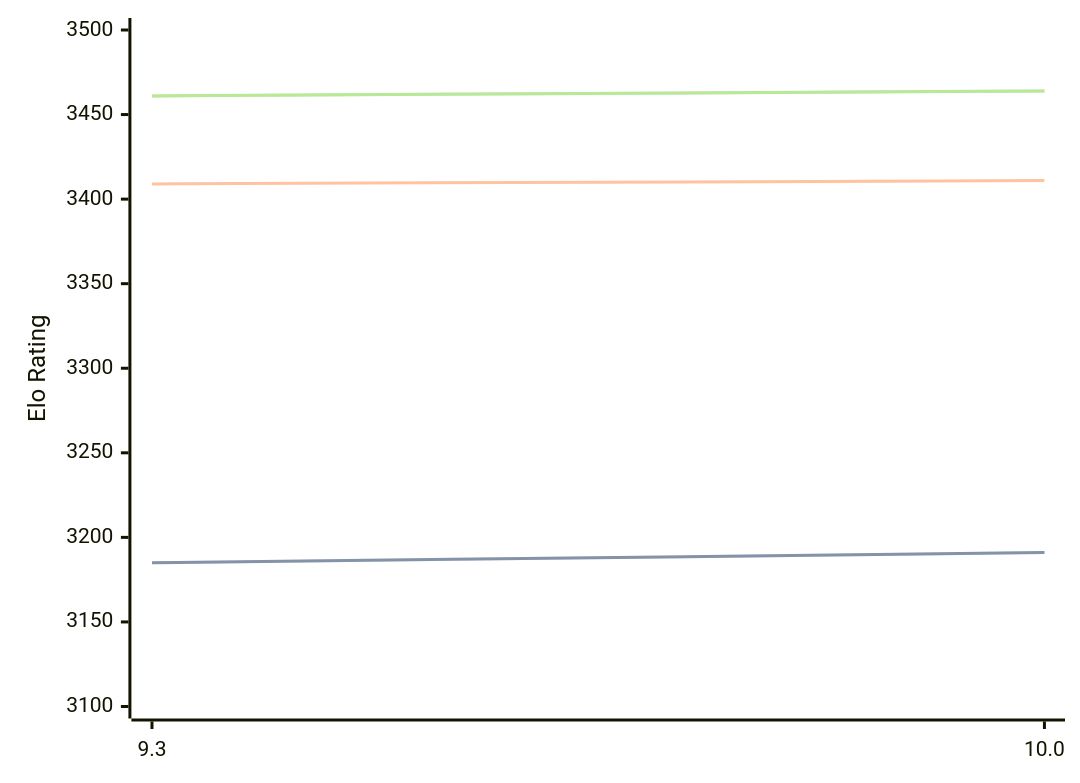
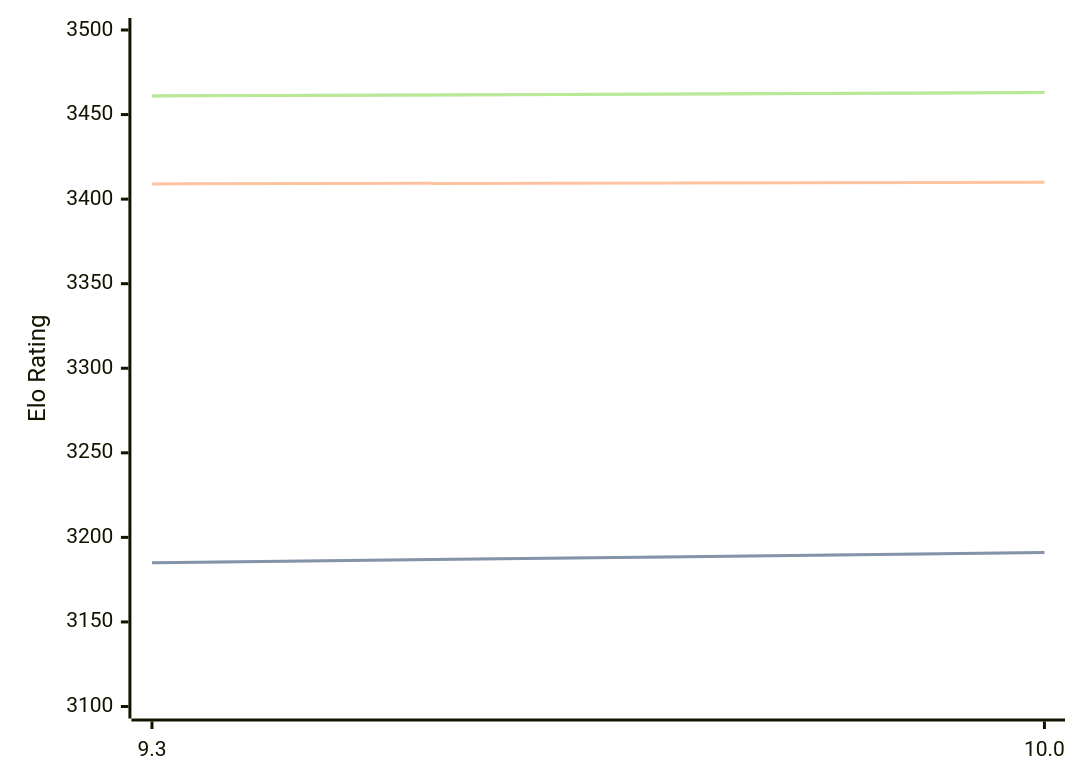
The diagram in engines/Fire.md (computer-chess-index/cci), drawn with Mermaid before and after one commit. The commit also changed other lines of this file, not shown here.

Commit message:
Update CCI Ratings (ELO VLTC) - 2026-04-28

````diff
--- a/engines/Fire.md
+++ b/engines/Fire.md
@@ -47,11 +47,11 @@
 ```mermaid
 %%{init: {"theme":"base","themeVariables":{"seriesColors:['#a3a3a3','#222221','#faa371']}}}%%
 xychart-beta
   x-axis ["9.3", "10.0"]
   y-axis "Elo Rating" 3100 --> 3500
   line "STC (8.0+0.08s)" [3185, 3191]
   line "STC (8.0+0.08s)" [3185, 3191]
-  line "LTC (60.0+0.60s)" [3409, 3411]
-  line "VLTC (2m24s+1.12s)" [3461, 3464]
-  line "VLTC (2m24s+1.12s)" [3461, 3464]
+  line "LTC (60.0+0.60s)" [3409, 3410]
+  line "VLTC (2m24s+1.12s)" [3461, 3463]
+  line "VLTC (2m24s+1.12s)" [3461, 3463]
 ```
````
